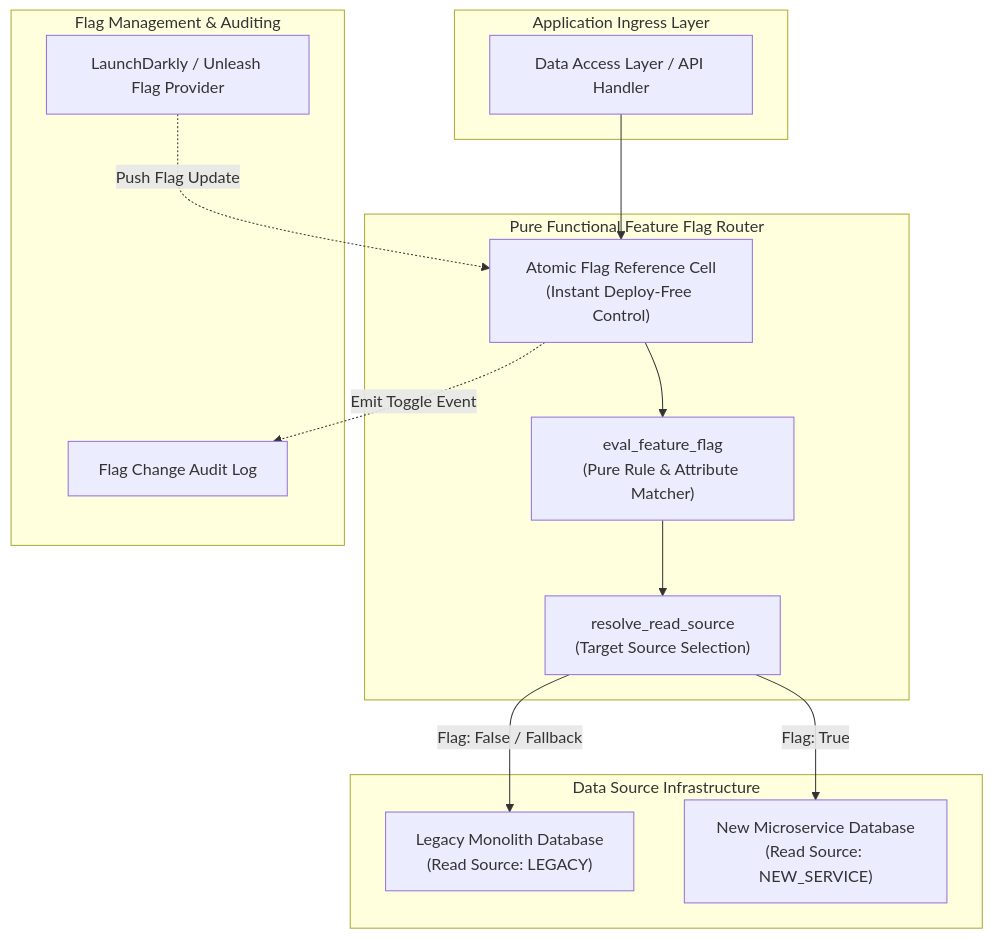
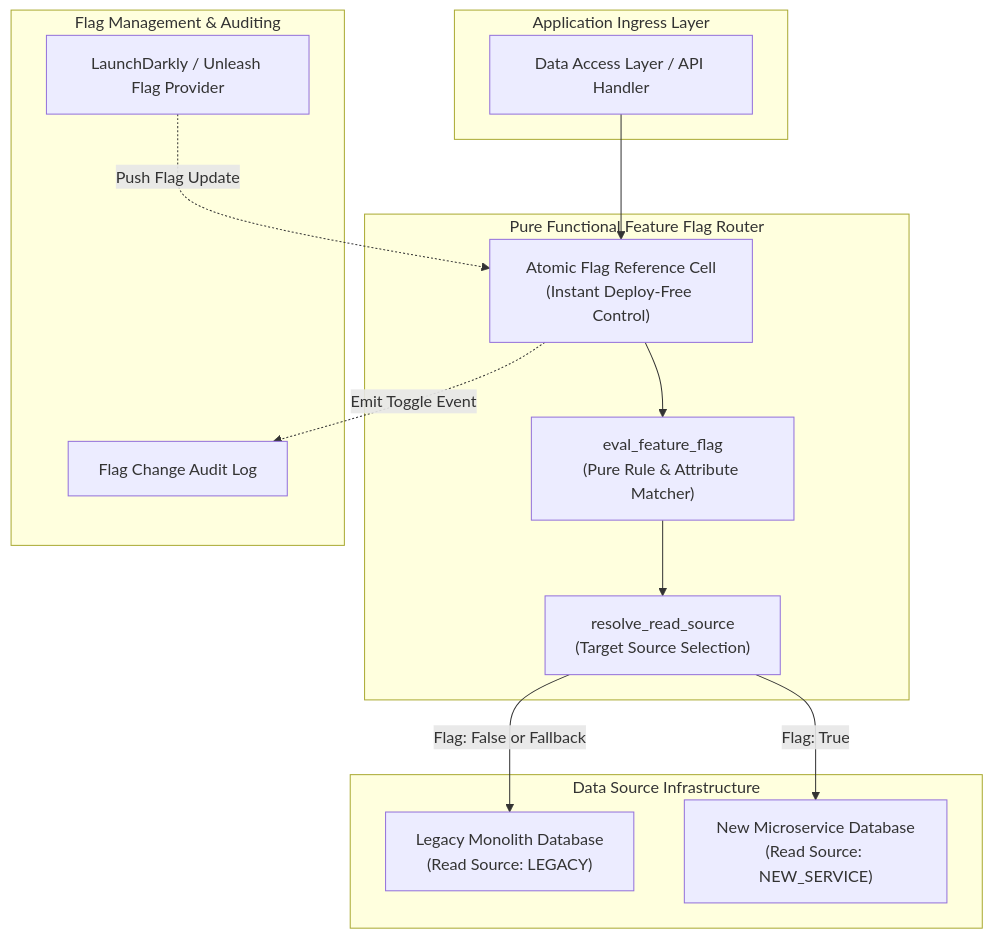
One commit to Chief-Strategist-J/llm-observability-platform changed the first of 2 diagrams in notebooks/runbooks/refs/10-core-patterns-and-cutover/feature-flag-read-selection.md. Above: the diagram before and after it, drawn with Mermaid. The commit also changed 35 other files, not shown here.

Commit message:
fix(docs): resolve sequence diagram message label syntax errors across runbook suite

````diff
--- a/notebooks/runbooks/refs/10-core-patterns-and-cutover/feature-flag-read-selection.md
+++ b/notebooks/runbooks/refs/10-core-patterns-and-cutover/feature-flag-read-selection.md
@@ -28,32 +28,32 @@
 ```mermaid
 flowchart TD
     subgraph ClientLayer["Application Ingress Layer"]
         ConsumerAPI["Data Access Layer / API Handler"]
     end
 
     subgraph FeatureFlagEngine["Pure Functional Feature Flag Router"]
         FlagCell["Atomic Flag Reference Cell\n(Instant Deploy-Free Control)"]
         RuleEvaluator["eval_feature_flag\n(Pure Rule & Attribute Matcher)"]
         SourceResolver["resolve_read_source\n(Target Source Selection)"]
 
         ConsumerAPI --> FlagCell
         FlagCell --> RuleEvaluator
         RuleEvaluator --> SourceResolver
     end
 
     subgraph StorageBackends["Data Source Infrastructure"]
         LegacyDB["Legacy Monolith Database\n(Read Source: LEGACY)"]
         NewMicroserviceDB["New Microservice Database\n(Read Source: NEW_SERVICE)"]
 
-        SourceResolver -->|Flag: False / Fallback| LegacyDB
+        SourceResolver -->|Flag: False or Fallback| LegacyDB
         SourceResolver -->|Flag: True| NewMicroserviceDB
     end
 
     subgraph FlagProviderControl["Flag Management & Auditing"]
         FlagProvider["LaunchDarkly / Unleash Flag Provider"]
         AuditTrail["Flag Change Audit Log"]
 
         FlagProvider -.->|Push Flag Update| FlagCell
         FlagCell -.->|Emit Toggle Event| AuditTrail
     end
 ```
````
